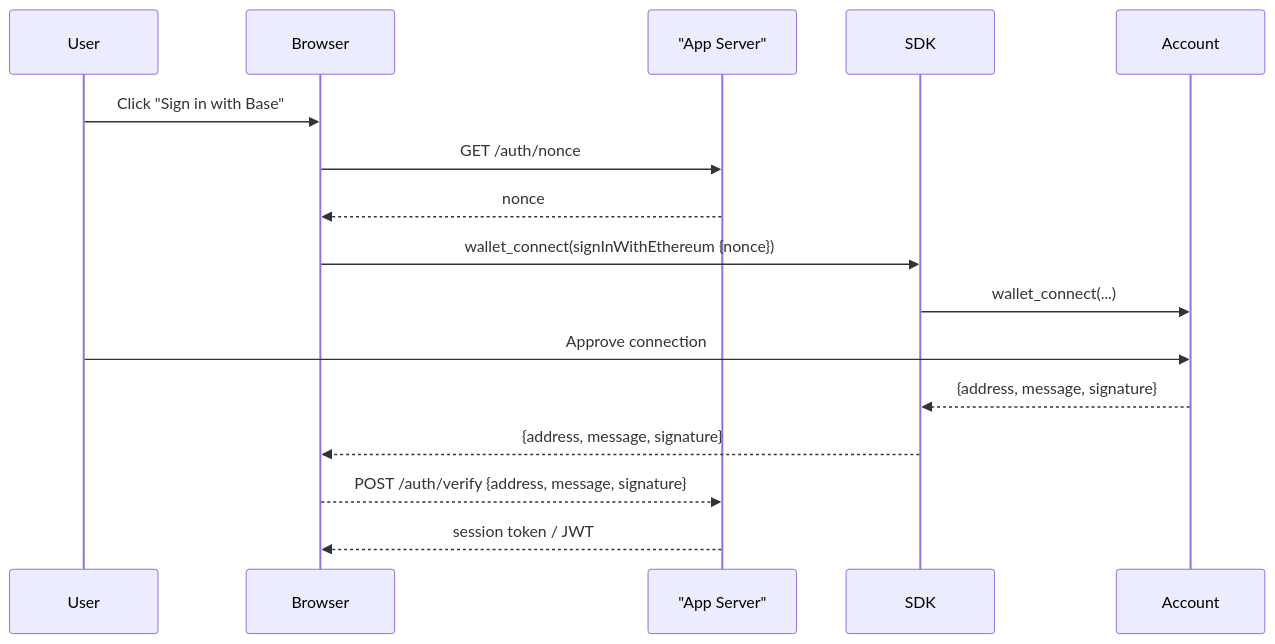
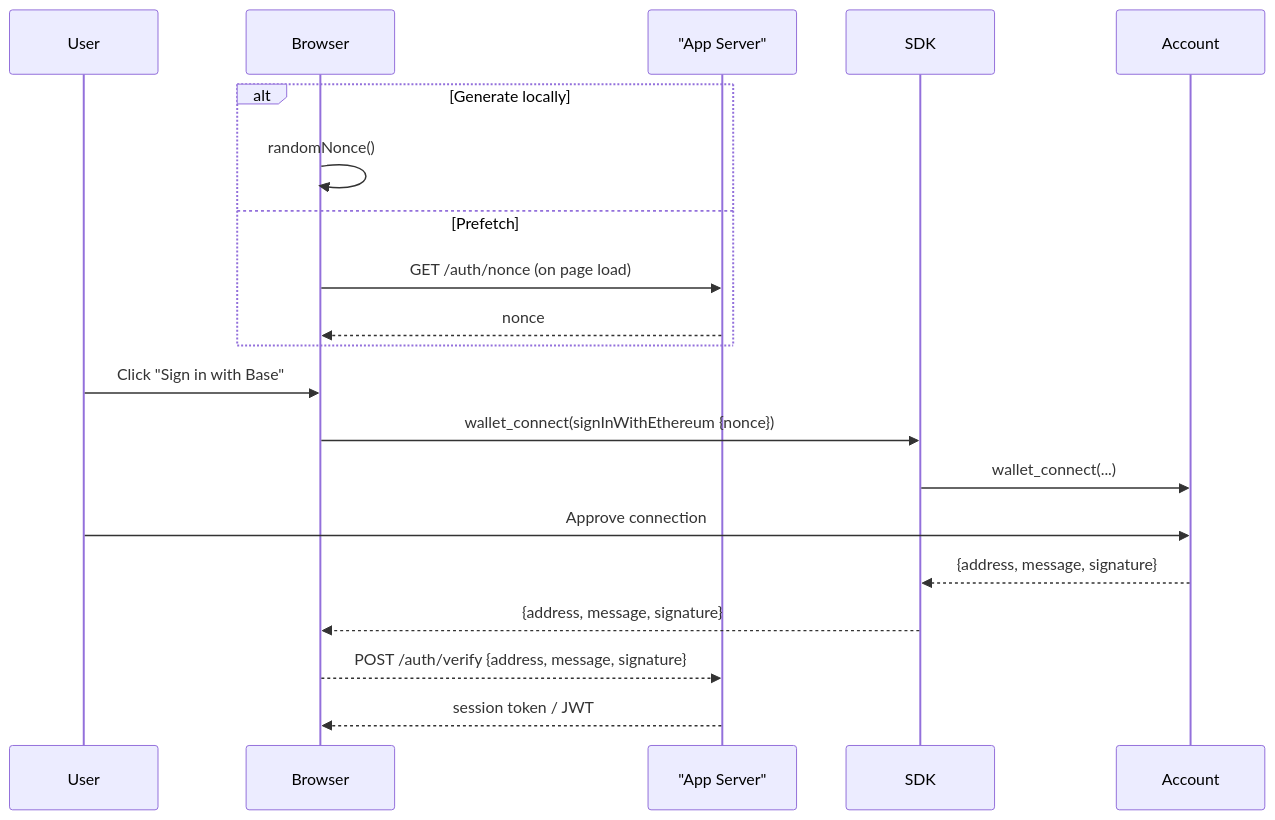
The diagram in docs/base-account/guides/authenticate-users.mdx (zeeshan8281/docs), drawn with Mermaid before and after one commit. The commit also changed other lines of this file, not shown here.

First line of the commit message:
update auth guide (#127)

````diff
--- a/docs/base-account/guides/authenticate-users.mdx
+++ b/docs/base-account/guides/authenticate-users.mdx
@@ -17,21 +17,25 @@
 ```mermaid
 sequenceDiagram
     participant User
     participant Browser
     participant AppServer as "App Server"
     participant SDK
     participant Account
 
+    alt Generate locally
+        Browser->>Browser: randomNonce()
+    else Prefetch
+        Browser->>AppServer: GET /auth/nonce (on page load)
+        AppServer-->>Browser: nonce
+    end
+
     User->>Browser: Click "Sign in with Base"
-    Browser->>AppServer: GET /auth/nonce
-    AppServer-->>Browser: nonce
-
     Browser->>SDK: wallet_connect(signInWithEthereum {nonce})
     SDK->>Account: wallet_connect(...)
     User->>Account: Approve connection
     Account-->>SDK: {address, message, signature}
     SDK-->>Browser: {address, message, signature}
 
     Browser-->>AppServer: POST /auth/verify {address, message, signature}
     AppServer-->>Browser: session token / JWT
 ```
````
